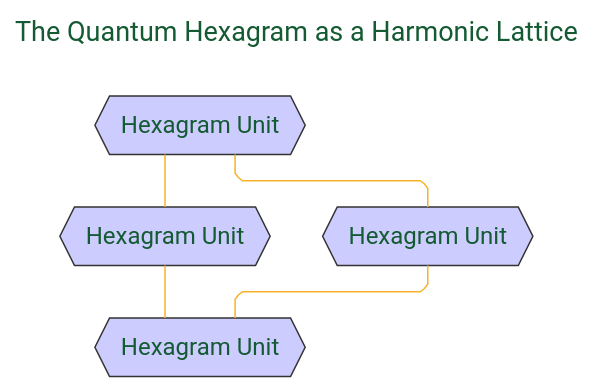
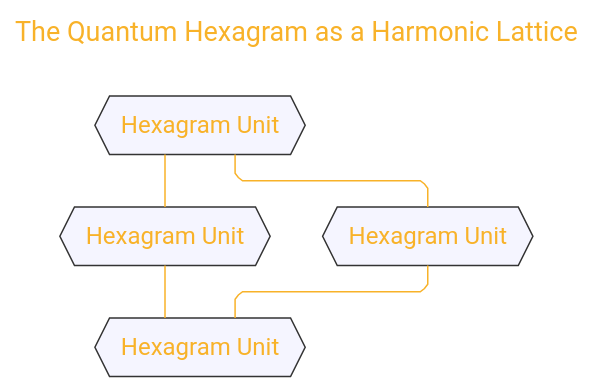
The third of 9 diagrams in Quantum_Harmonic_Atomic_Model/Quantum_Harmonic_Atomic_Model_Draft_7.md (CongLeSolutionX/Harmonic_Atomica), drawn with Mermaid before and after one commit. The commit also changed other lines of this file and 1 other file, not shown here.

````diff
--- a/Quantum_Harmonic_Atomic_Model/Quantum_Harmonic_Atomic_Model_Draft_7.md
+++ b/Quantum_Harmonic_Atomic_Model/Quantum_Harmonic_Atomic_Model_Draft_7.md
@@ -151,41 +151,41 @@
 ```mermaid
 ---
 title: "The Quantum Hexagram as a Harmonic Lattice"
 author: "Cong Le"
 version: "1.0"
 license(s): "MIT, CC BY 4.0"
 copyright: "Copyright (c) 2025 Cong Le. All Rights Reserved."
 config:
   layout: elk
   theme: base
 ---
 %%%%%%%% Mermaid version v11.4.1-b.14
 %%%%%%%% Available curve styles include the following keywords:
 %% basis, bumpX, bumpY, cardinal, catmullRom, linear, monotoneX, monotoneY, natural, step, stepAfter, stepBefore.
 %%{
   init: {
     'flowchart': { 'htmlLabels': false, 'curve': 'linear' },
     'fontFamily': 'Monaco',
     'themeVariables': {
-      'primaryColor': '#D5F5E3',
-      'primaryTextColor': '#145A32',
+      'primaryColor': '#F522E3',
+      'primaryTextColor': '#F8B229',
       'lineColor': '#F8B229',
       'primaryBorderColor': '#27AE60',
       'secondaryColor': '#EBDEF0',
       'secondaryTextColor': '#6C3483',
       'secondaryBorderColor': '#A569BD'
     }
   }
 }%%
 graph TD
     H1{{"Hexagram Unit"}} --- H2{{"Hexagram Unit"}}
     H1 --- H3{{"Hexagram Unit"}}
     H2 --- H4{{"Hexagram Unit"}}
     H3 --- H4
     
-    style H1 fill:#ccf,stroke:#333,stroke-width:1px
-    style H2 fill:#ccf,stroke:#333,stroke-width:1px
-    style H3 fill:#ccf,stroke:#333,stroke-width:1px
-    style H4 fill:#ccf,stroke:#333,stroke-width:1px
+    style H1 fill:#ccf3,stroke:#333,stroke-width:1px
+    style H2 fill:#ccf3,stroke:#333,stroke-width:1px
+    style H3 fill:#ccf3,stroke:#333,stroke-width:1px
+    style H4 fill:#ccf3,stroke:#333,stroke-width:1px
     
 ```
````
